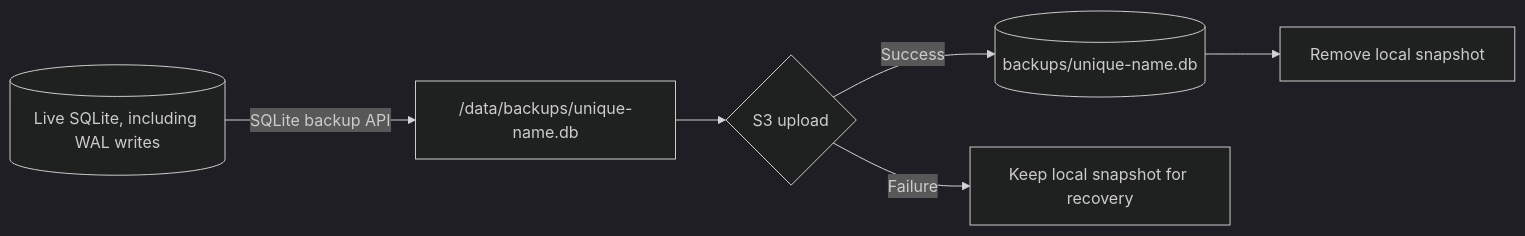
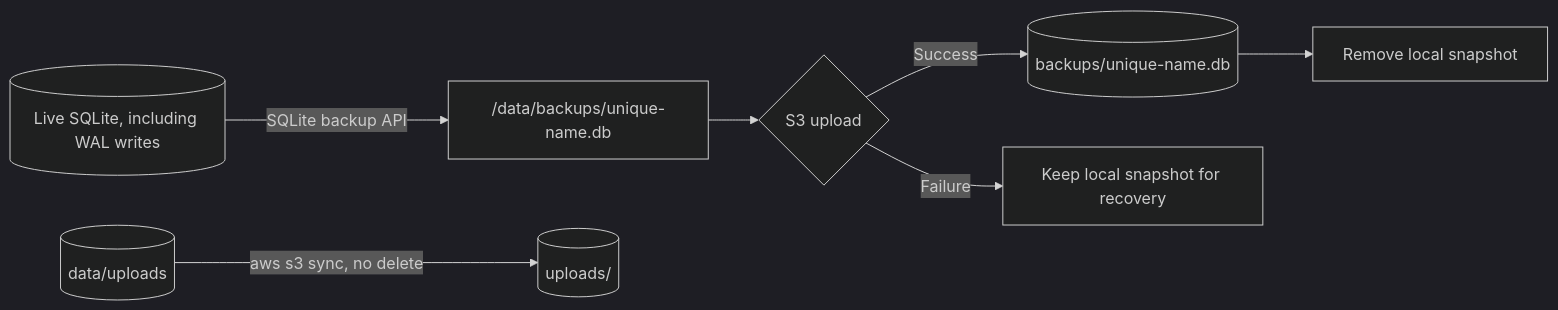
The fourth of 5 diagrams in README.md (gchape/beautycode), drawn with Mermaid (dark theme) before and after one commit. The commit also changed other lines of this file and 8 other files, not shown here.

````diff
--- a/README.md
+++ b/README.md
@@ -351,8 +355,9 @@
 ```mermaid
 flowchart LR
     DB[("Live SQLite, including WAL writes")] -->|"SQLite backup API"| Local["/data/backups/unique-name.db"]
     Local --> Upload{"S3 upload"}
     Upload -->|"Success"| S3[("backups/unique-name.db")]
     S3 --> Cleanup["Remove local snapshot"]
     Upload -->|"Failure"| Keep["Keep local snapshot for recovery"]
+    Images[("data/uploads")] -->|"aws s3 sync, no delete"| S3Img[("uploads/")]
 ```
````
